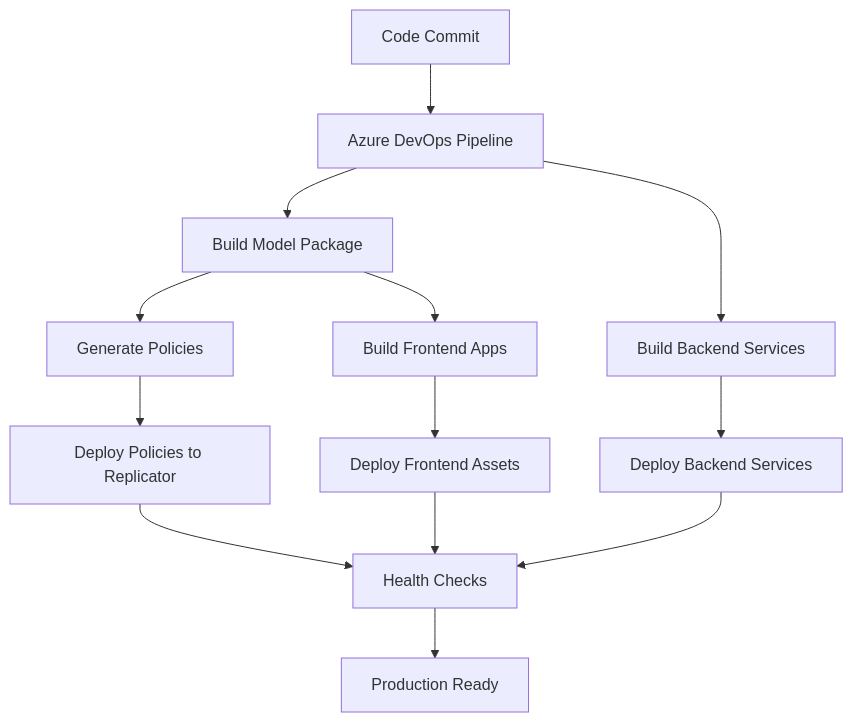
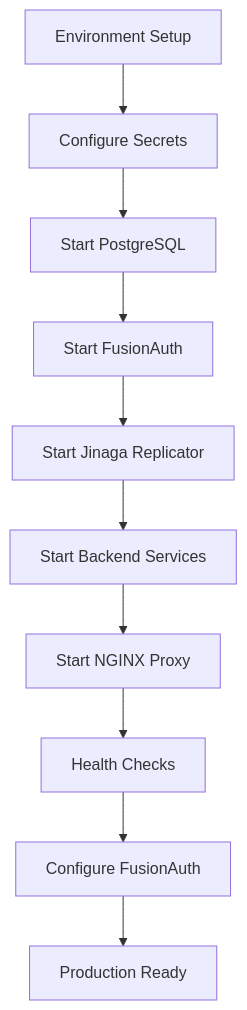
Before and after one commit to michaellperry/gamehub: the diagram in docs/getting-started/09-deployment.md, drawn with Mermaid. The commit also changed other lines of this file and 6 other files, not shown here.

Commit message:
Document FusionAuth and replicator configuration

````diff
--- a/docs/getting-started/09-deployment.md
+++ b/docs/getting-started/09-deployment.md
@@ -43,15 +54,12 @@
 ```mermaid
 graph TD
-    A[Code Commit] --> B[Azure DevOps Pipeline]
-    B --> C[Build Model Package]
-    C --> D[Generate Policies]
-    C --> E[Build Frontend Apps]
-    B --> F[Build Backend Services]
-    D --> G[Deploy Policies to Replicator]
-    E --> H[Deploy Frontend Assets]
-    F --> I[Deploy Backend Services]
-    G --> J[Health Checks]
-    H --> J
-    I --> J
-    J --> K[Production Ready]
+    A[Environment Setup] --> B[Configure Secrets]
+    B --> C[Start PostgreSQL]
+    C --> D[Start FusionAuth]
+    D --> E[Start Jinaga Replicator]
+    E --> F[Start Backend Services]
+    F --> G[Start NGINX Proxy]
+    G --> H[Health Checks]
+    H --> I[Configure FusionAuth]
+    I --> J[Production Ready]
 ```
````
